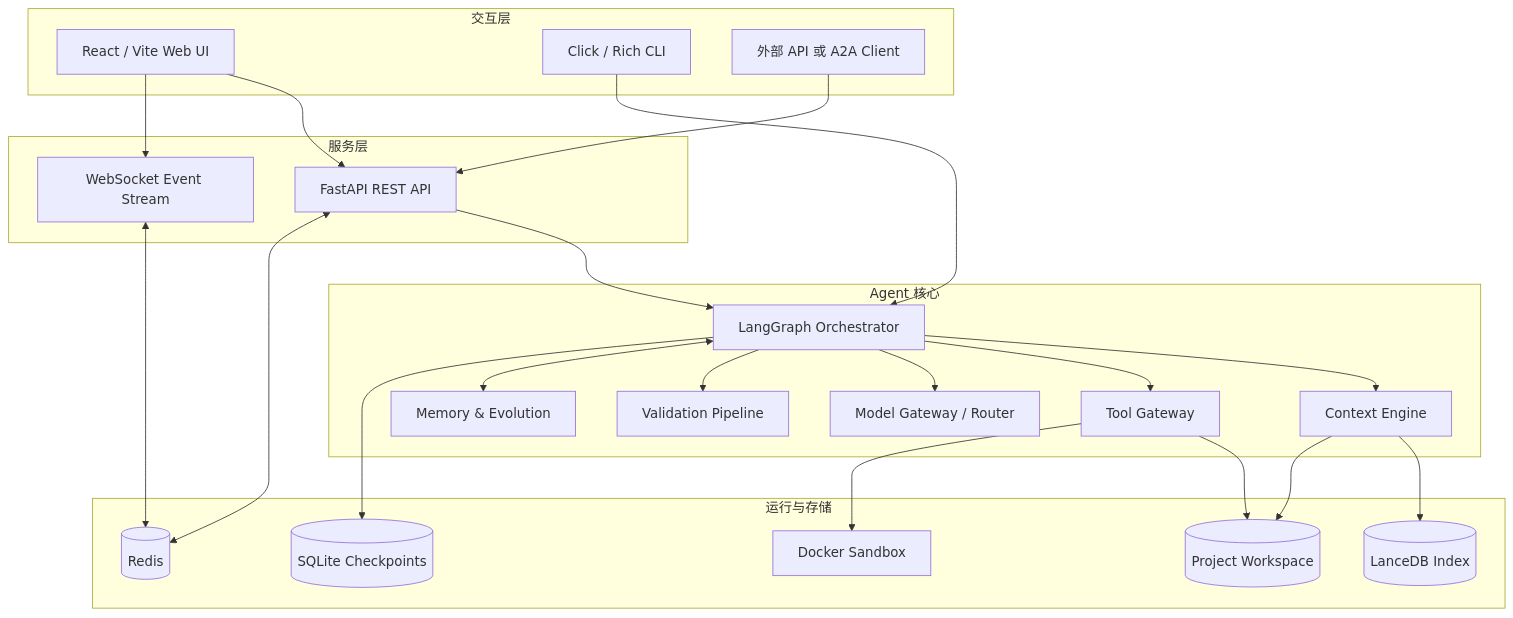
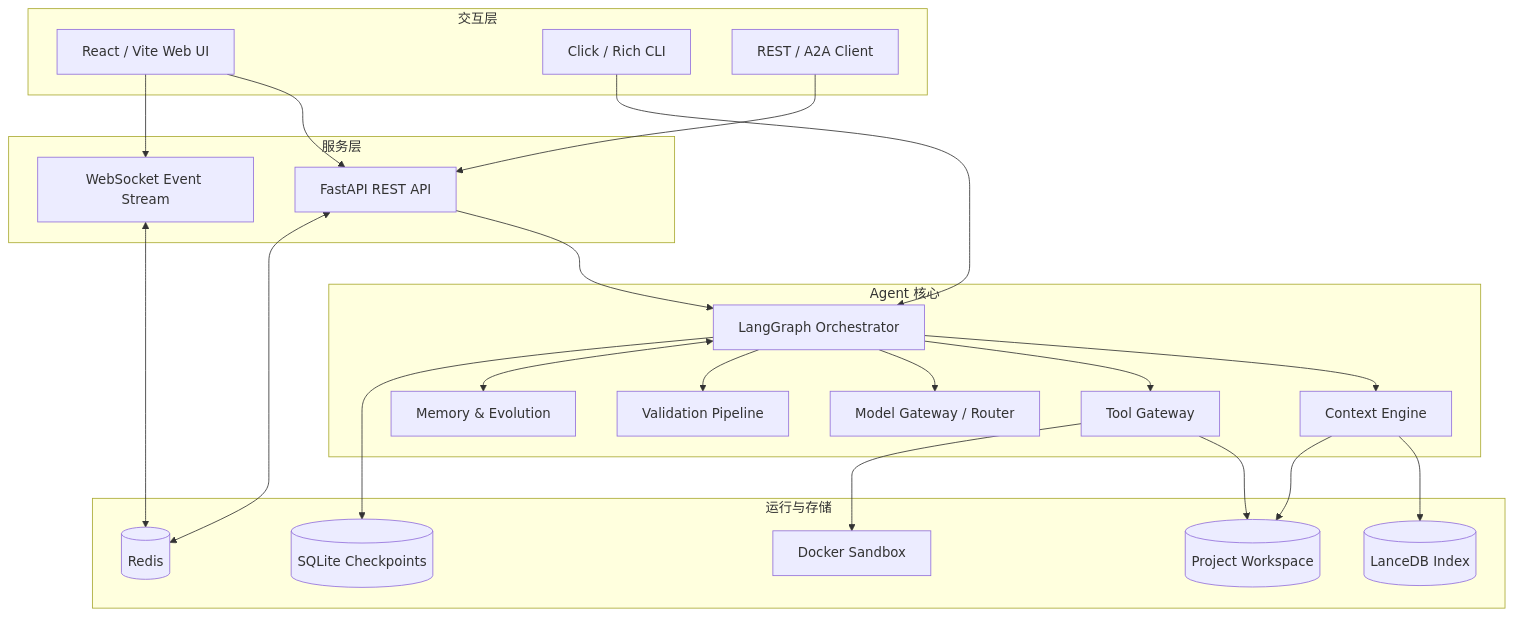
One commit to Jonglee999/Codeagent changed the second of 2 diagrams in README.md. Above: the diagram before and after it, drawn with Mermaid. The commit also changed other lines of this file, not shown here.

````diff
--- a/README.md
+++ b/README.md
@@ -254,48 +226,43 @@
 ```mermaid
 flowchart TB
-    subgraph Clients[交互层]
-        WEB[React / Vite Web UI]
+    subgraph Client[交互层]
+        Web[React / Vite Web UI]
         CLI[Click / Rich CLI]
-        EXT[外部 API 或 A2A Client]
+        External[REST / A2A Client]
     end
 
-    subgraph API[服务层]
-        REST[FastAPI REST API]
+    subgraph Service[服务层]
+        API[FastAPI REST API]
         WS[WebSocket Event Stream]
     end
 
-    subgraph Agent[Agent 核心]
-        ORCH[LangGraph Orchestrator]
-        CTX[Context Engine]
-        TG[Tool Gateway]
-        MG[Model Gateway / Router]
-        VAL[Validation Pipeline]
-        MEM[Memory & Evolution]
+    subgraph Core[Agent 核心]
+        Graph[LangGraph Orchestrator]
+        Context[Context Engine]
+        Tools[Tool Gateway]
+        Model[Model Gateway / Router]
+        Validation[Validation Pipeline]
+        Memory[Memory & Evolution]
     end
 
     subgraph Runtime[运行与存储]
-        REDIS[(Redis)]
-        SQLITE[(SQLite Checkpoints)]
-        LANCE[(LanceDB Index)]
-        REPO[(Project Workspace)]
-        DOCKER[Docker Sandbox]
+        Redis[(Redis)]
+        SQLite[(SQLite Checkpoints)]
+        Lance[(LanceDB Index)]
+        Repo[(Project Workspace)]
+        Docker[Docker Sandbox]
     end
 
-    WEB --> REST
-    WEB --> WS
-    CLI --> ORCH
-    EXT --> REST
-    REST --> ORCH
-    ORCH --> CTX
-    ORCH --> TG
-    ORCH --> MG
-    ORCH --> VAL
-    ORCH <--> MEM
-    REST <--> REDIS
-    WS <--> REDIS
-    ORCH --> SQLITE
-    CTX --> LANCE
-    CTX --> REPO
-    TG --> REPO
-    TG --> DOCKER
+    Web --> API
+    Web --> WS
+    External --> API
+    CLI --> Graph
+    API --> Graph
+    Graph --> Context & Tools & Model & Validation
+    Graph <--> Memory
+    API <--> Redis
+    WS <--> Redis
+    Graph --> SQLite
+    Context --> Lance & Repo
+    Tools --> Repo & Docker
 ```
````
